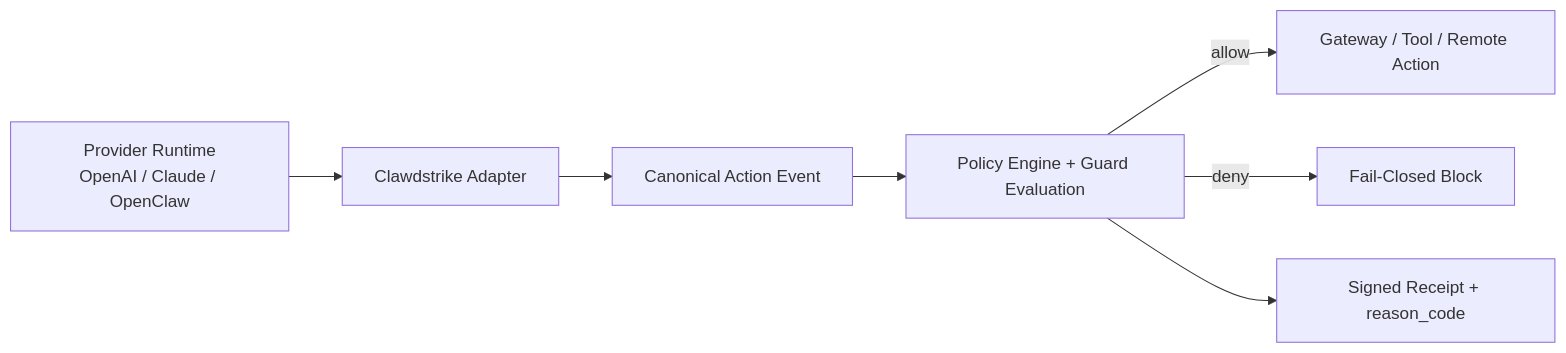
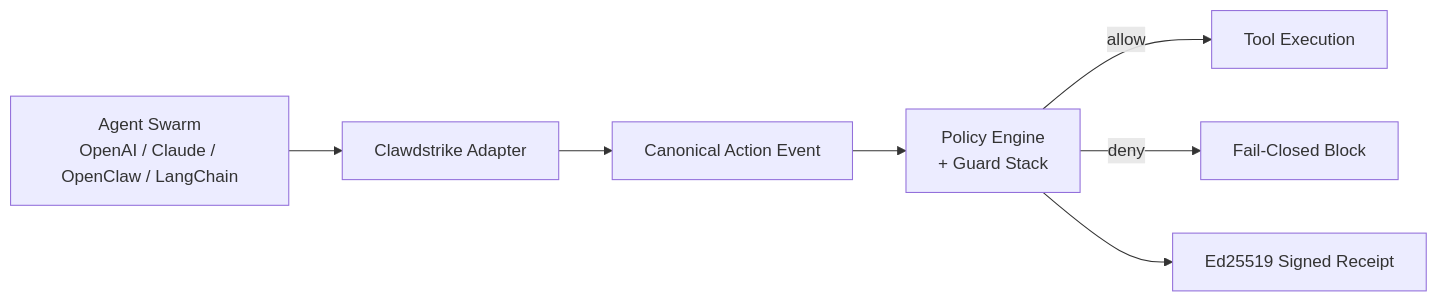
One commit to ddavid37/clawdstrike changed the diagram in README.md. Above: the diagram before and after it, drawn with Mermaid. The commit also changed other lines of this file and 57 other files, not shown here.

First line of the commit message:
docs: fix 49 audit findings across guards, schema, rulesets, and READMEs (#104)

````diff
--- a/README.md
+++ b/README.md
@@ -86,9 +78,9 @@
 ```mermaid
 flowchart LR
-    A[Provider Runtime<br/>OpenAI / Claude / OpenClaw] --> B[Clawdstrike Adapter]
+    A[Agent Swarm<br/>OpenAI / Claude / OpenClaw / LangChain] --> B[Clawdstrike Adapter]
     B --> C[Canonical Action Event]
-    C --> D[Policy Engine + Guard Evaluation]
-    D -->|allow| E[Gateway / Tool / Remote Action]
+    C --> D[Policy Engine<br/>+ Guard Stack]
+    D -->|allow| E[Tool Execution]
     D -->|deny| F[Fail-Closed Block]
-    D --> G[Signed Receipt + reason_code]
+    D --> G[Ed25519 Signed Receipt]
 ```
````
